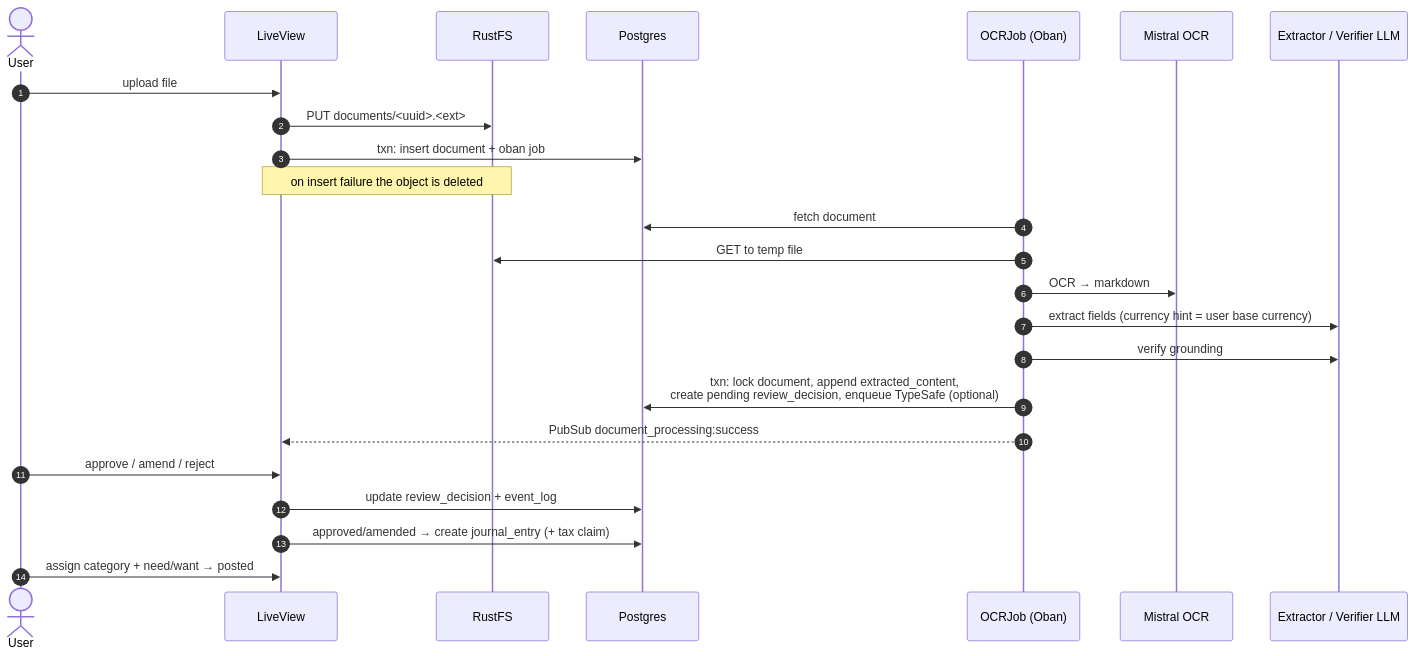
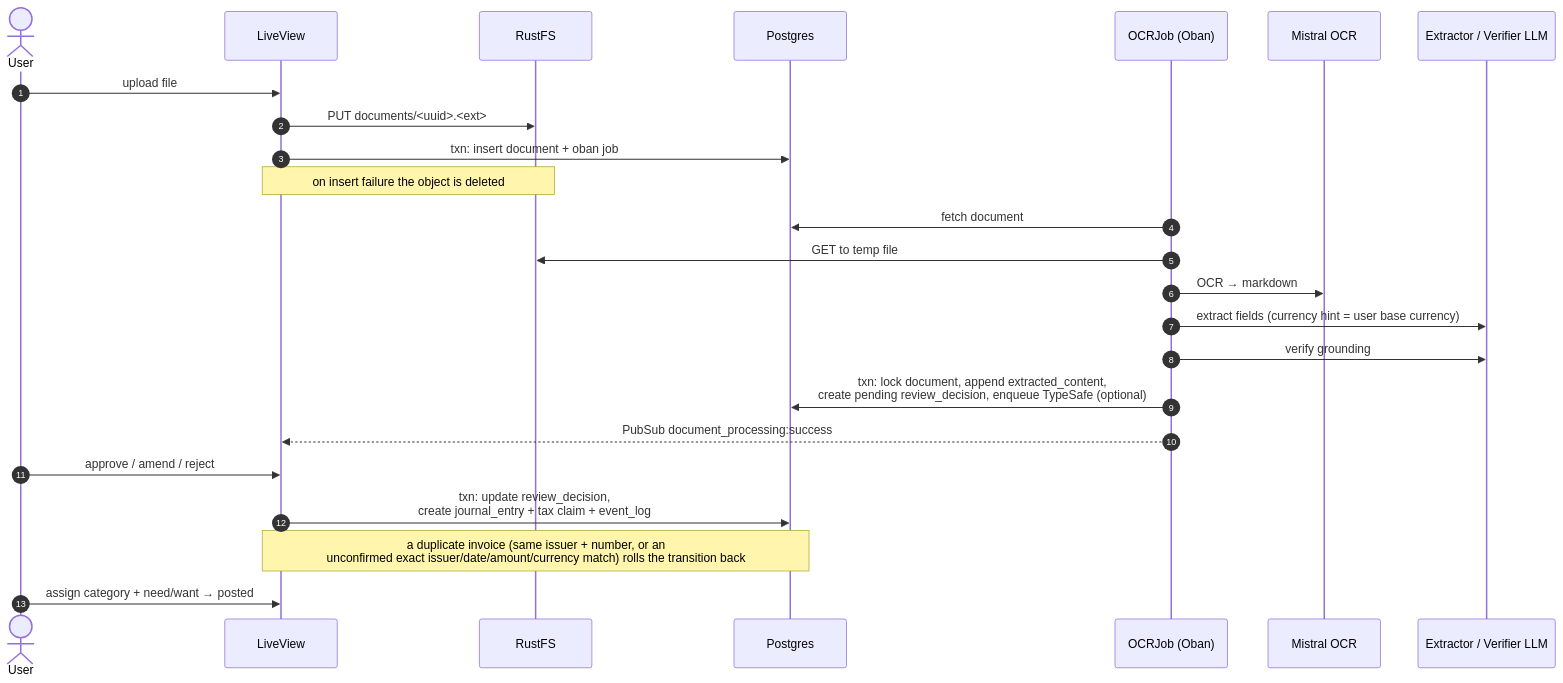
Before and after one commit to acramatte/zaimu-tomo: the third of 6 diagrams in docs/architecture.md, drawn with Mermaid. The commit also changed other lines of this file, not shown here.

First line of the commit message:
docs: record duplicate invoice detection in architecture docs

````diff
--- a/docs/architecture.md
+++ b/docs/architecture.md
@@ -172,27 +172,27 @@
 ```mermaid
 sequenceDiagram
     autonumber
     actor U as User
     participant LV as LiveView
     participant S3 as RustFS
     participant DB as Postgres
     participant J as OCRJob (Oban)
     participant M as Mistral OCR
     participant L as Extractor / Verifier LLM
 
     U->>LV: upload file
     LV->>S3: PUT documents/<uuid>.<ext>
     LV->>DB: txn: insert document + oban job
     Note over LV,S3: on insert failure the object is deleted
     J->>DB: fetch document
     J->>S3: GET to temp file
     J->>M: OCR → markdown
     J->>L: extract fields (currency hint = user base currency)
     J->>L: verify grounding
     J->>DB: txn: lock document, append extracted_content,<br/>create pending review_decision, enqueue TypeSafe (optional)
     J-->>LV: PubSub document_processing:success
     U->>LV: approve / amend / reject
-    LV->>DB: update review_decision + event_log
-    LV->>DB: approved/amended → create journal_entry (+ tax claim)
+    LV->>DB: txn: update review_decision,<br/>create journal_entry + tax claim + event_log
+    Note over LV,DB: a duplicate invoice (same issuer + number, or an<br/>unconfirmed exact issuer/date/amount/currency match) rolls the transition back
     U->>LV: assign category + need/want → posted
 ```
````
